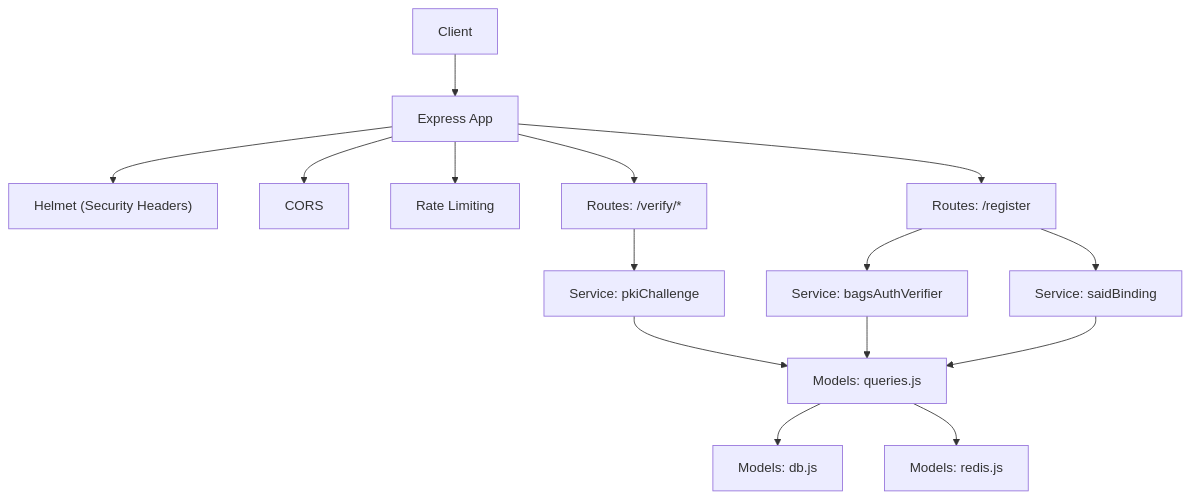
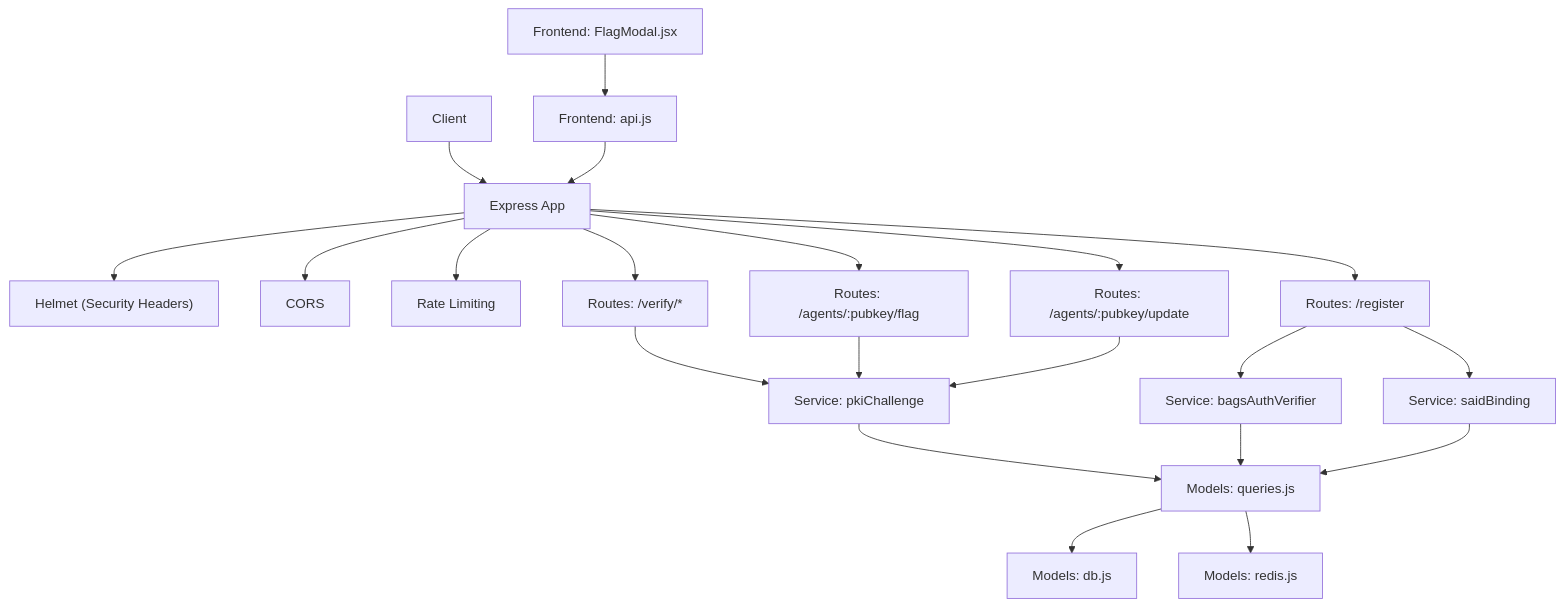
The first of 9 diagrams in .qoder/repowiki/en/content/Security Implementation.md (RunTimeAdmin/AgentID), drawn with Mermaid before and after one commit. The commit also changed other lines of this file and 17 other files, not shown here.

````diff
--- a/.qoder/repowiki/en/content/Security Implementation.md
+++ b/.qoder/repowiki/en/content/Security Implementation.md
@@ -45,30 +59,40 @@
 ```mermaid
 graph TB
 Client["Client"]
 Helmet["Helmet (Security Headers)"]
 CORS["CORS"]
 RateLimit["Rate Limiting"]
 Express["Express App"]
 RoutesVerify["Routes: /verify/*"]
 RoutesRegister["Routes: /register"]
+RoutesAttestations["Routes: /agents/:pubkey/flag"]
+RoutesAgents["Routes: /agents/:pubkey/update"]
 ServicesPKI["Service: pkiChallenge"]
 ServicesBags["Service: bagsAuthVerifier"]
 ServicesSAID["Service: saidBinding"]
 ModelsQueries["Models: queries.js"]
 ModelsDB["Models: db.js"]
 ModelsRedis["Models: redis.js"]
+FrontendFlag["Frontend: FlagModal.jsx"]
+FrontendAPI["Frontend: api.js"]
 Client --> Express
 Express --> Helmet
 Express --> CORS
 Express --> RateLimit
 Express --> RoutesVerify
 Express --> RoutesRegister
+Express --> RoutesAttestations
+Express --> RoutesAgents
 RoutesVerify --> ServicesPKI
 RoutesRegister --> ServicesBags
 RoutesRegister --> ServicesSAID
+RoutesAttestations --> ServicesPKI
+RoutesAgents --> ServicesPKI
 ServicesPKI --> ModelsQueries
 ServicesBags --> ModelsQueries
 ServicesSAID --> ModelsQueries
 ModelsQueries --> ModelsDB
 ModelsQueries --> ModelsRedis
+FrontendFlag --> FrontendAPI
+FrontendAPI --> Express
 ```
````
